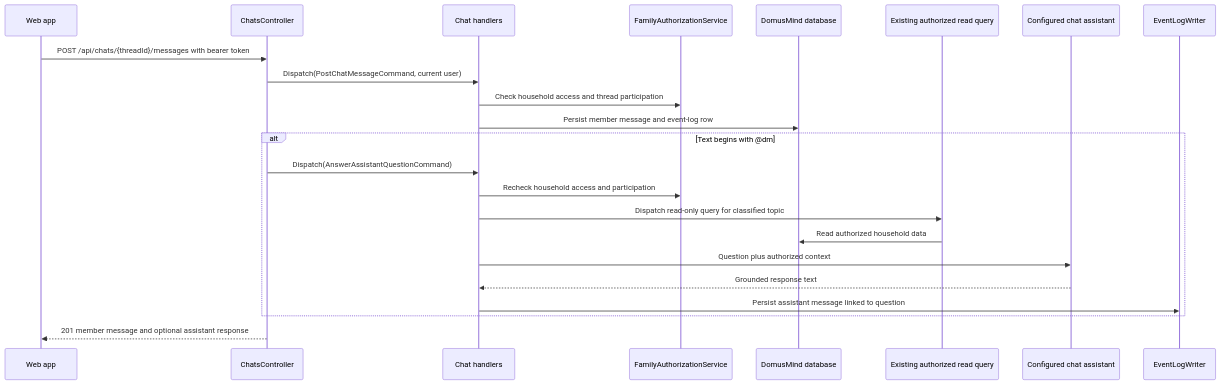
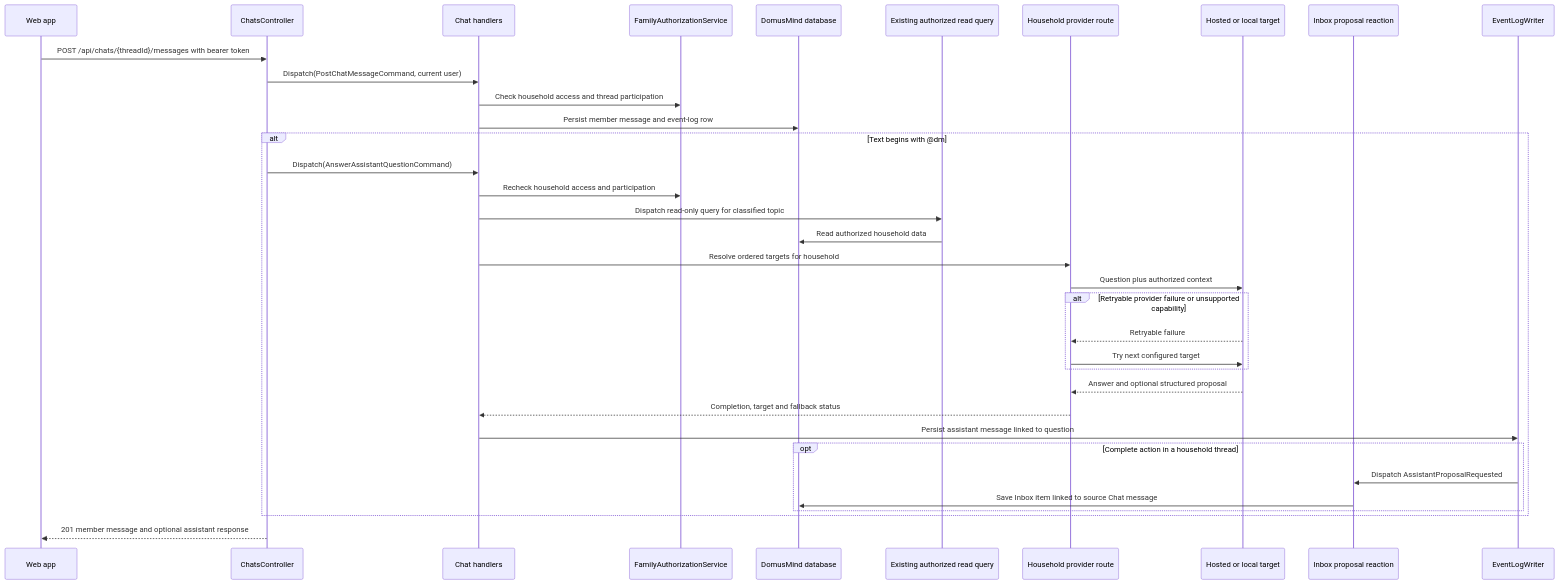
The fourth of 9 diagrams in docs/architecture/06-runtime-view.md (juangcarmona/domusmind), drawn with Mermaid before and after one commit. The commit also changed other lines of this file and 70 other files, not shown here.

First line of the commit message:
Implement household chat assistant and provider routing (#181)

````diff
--- a/docs/architecture/06-runtime-view.md
+++ b/docs/architecture/06-runtime-view.md
@@ -128,26 +131,38 @@
 ```mermaid
 sequenceDiagram
     participant Web as Web app
     participant C as ChatsController
     participant H as Chat handlers
     participant Auth as FamilyAuthorizationService
     participant DB as DomusMind database
     participant Q as Existing authorized read query
-    participant AI as Configured chat assistant
+    participant R as Household provider route
+    participant AI as Hosted or local target
+    participant IR as Inbox proposal reaction
     participant EL as EventLogWriter
 
     Web->>C: POST /api/chats/{threadId}/messages with bearer token
     C->>H: Dispatch(PostChatMessageCommand, current user)
     H->>Auth: Check household access and thread participation
     H->>DB: Persist member message and event-log row
     alt Text begins with @dm
         C->>H: Dispatch(AnswerAssistantQuestionCommand)
         H->>Auth: Recheck household access and participation
         H->>Q: Dispatch read-only query for classified topic
         Q->>DB: Read authorized household data
-        H->>AI: Question plus authorized context
-        AI-->>H: Grounded response text
+        H->>R: Resolve ordered targets for household
+        R->>AI: Question plus authorized context
+        alt Retryable provider failure or unsupported capability
+            AI-->>R: Retryable failure
+            R->>AI: Try next configured target
+        end
+        AI-->>R: Answer and optional structured proposal
+        R-->>H: Completion, target and fallback status
         H->>EL: Persist assistant message linked to question
+        opt Complete action in a household thread
+            EL->>IR: Dispatch AssistantProposalRequested
+            IR->>DB: Save Inbox item linked to source Chat message
+        end
     end
     C-->>Web: 201 member message and optional assistant response
 ```
````
